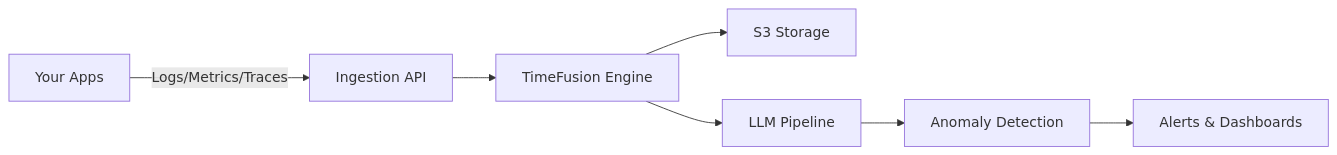
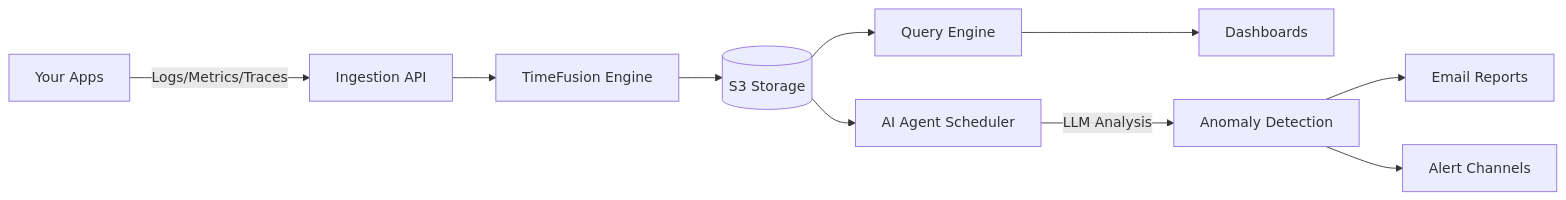
Before and after one commit to monoscope-tech/monoscope: the diagram in README.md, drawn with Mermaid. The commit also changed other lines of this file, not shown here.

First line of the commit message:
Add Cloud vs Self-hosted section, updated architecture, and roadmap

````diff
--- a/README.md
+++ b/README.md
@@ -169,9 +185,12 @@
 ```mermaid
 graph LR
     A[Your Apps] -->|Logs/Metrics/Traces| B[Ingestion API]
     B --> C[TimeFusion Engine]
-    C --> D[S3 Storage]
-    C --> E[LLM Pipeline]
-    E --> F[Anomaly Detection]
-    F --> G[Alerts & Dashboards]
+    C --> D[(S3 Storage)]
+    D --> E[Query Engine]
+    E --> F[Dashboards]
+    D --> G[AI Agent Scheduler]
+    G -->|LLM Analysis| H[Anomaly Detection]
+    H --> I[Email Reports]
+    H --> J[Alert Channels]
 ```
````
